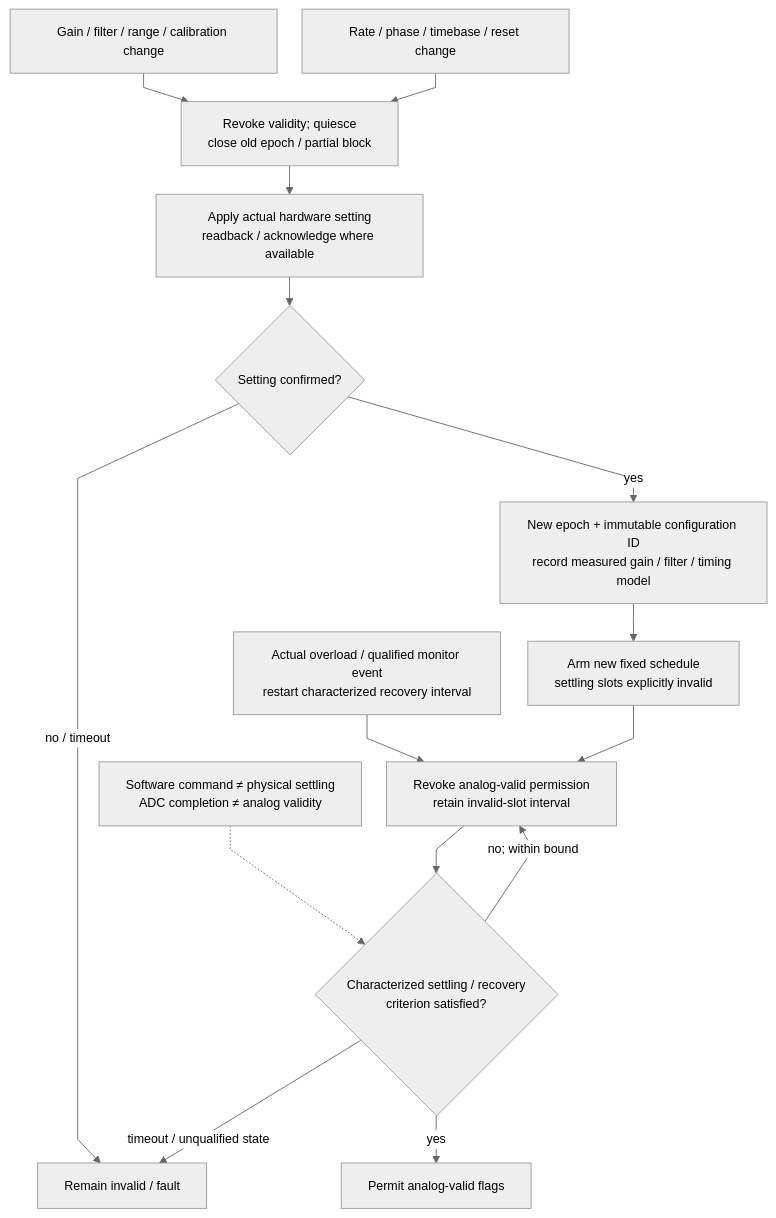
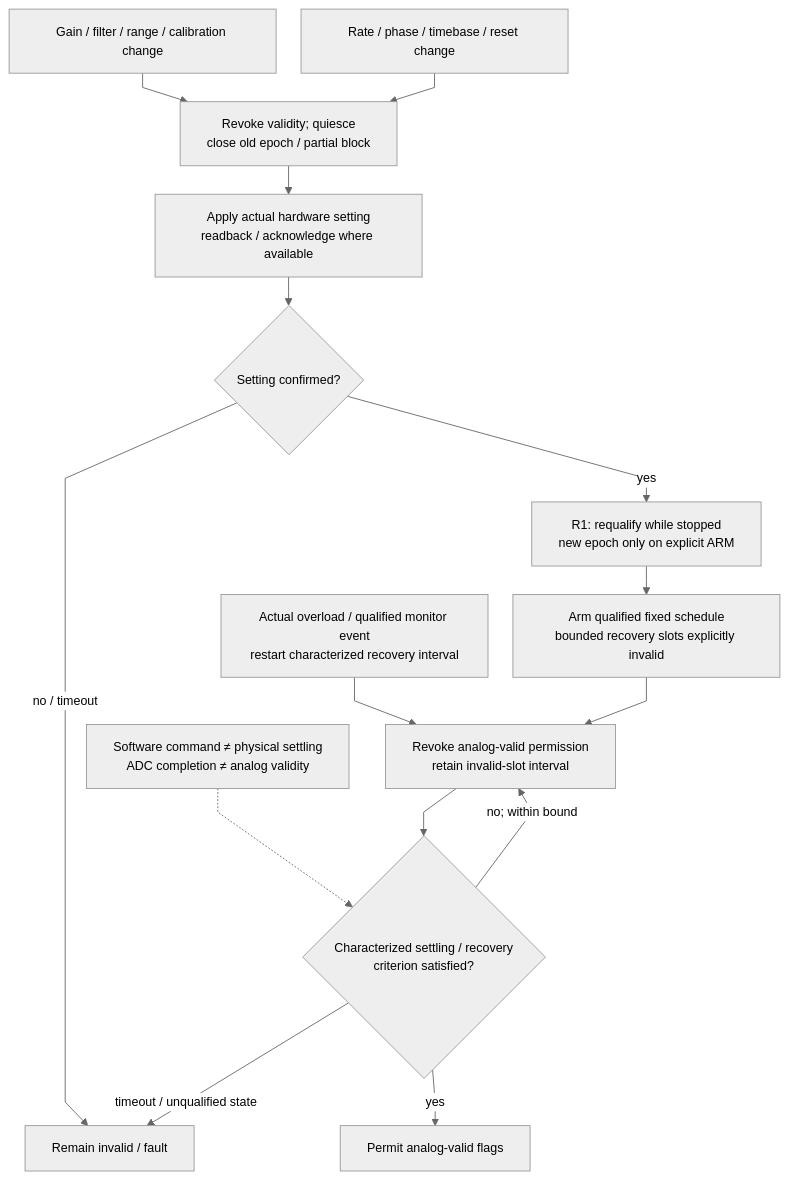
Diagram 25 of 27 in microcontroller/acquisition/README.md (baolgn/DRG-pain-project), drawn with Mermaid before and after one commit. The commit also changed other lines of this file and 19 other files, not shown here.

````diff
--- a/microcontroller/acquisition/README.md
+++ b/microcontroller/acquisition/README.md
@@ -523,18 +528,18 @@
 ```mermaid
 %%{init: {"theme":"neutral","themeVariables":{"fontFamily":"Arial,sans-serif","fontSize":"14px"},"flowchart":{"htmlLabels":true,"minNodeWidth":0,"wrappingWidth":240,"nodeSpacing":28,"rankSpacing":32,"curve":"linear"}}}%%
 flowchart TB
     REQ["Gain / filter / range / calibration change"] --> QUIET["Revoke validity; quiesce<br/>close old epoch / partial block"]
     QUIET --> APPLY["Apply actual hardware setting<br/>readback / acknowledge where available"]
     APPLY --> OK{"Setting confirmed?"}
     OK -->|"no / timeout"| FAIL["Remain invalid / fault"]
-    OK -->|"yes"| EPOCH["New epoch + immutable configuration ID<br/>record measured gain / filter / timing model"]
-    EPOCH --> ARM["Arm new fixed schedule<br/>settling slots explicitly invalid"]
+    OK -->|"yes"| EPOCH["R1: requalify while stopped<br/>new epoch only on explicit ARM"]
+    EPOCH --> ARM["Arm qualified fixed schedule<br/>bounded recovery slots explicitly invalid"]
     ARM --> INVALID["Revoke analog-valid permission<br/>retain invalid-slot interval"]
     INVALID --> SETTLE{"Characterized settling / recovery<br/>criterion satisfied?"}
     SETTLE -->|"no; within bound"| INVALID
     SETTLE -->|"timeout / unqualified state"| FAIL
     SETTLE -->|"yes"| VALID["Permit analog-valid flags"]
     OVER["Actual overload / qualified monitor event<br/>restart characterized recovery interval"] --> INVALID
     TIME["Rate / phase / timebase / reset change"] --> QUIET
     RULE["Software command ≠ physical settling<br/>ADC completion ≠ analog validity"] -.-> SETTLE
 ```
````
